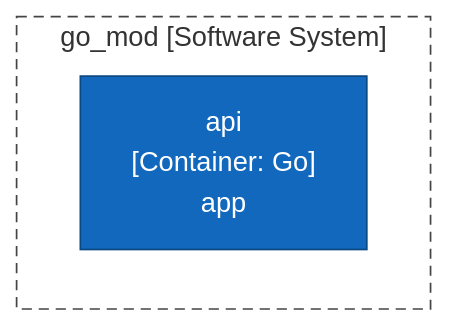
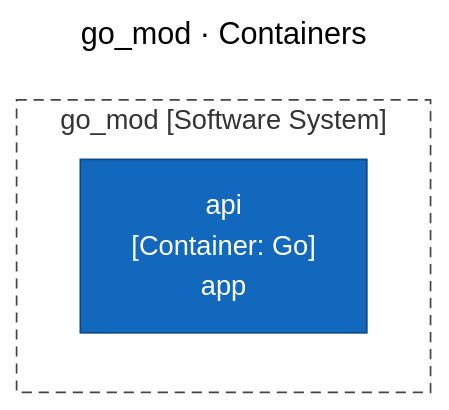
The first of 3 diagrams in tests/golden/go_mod/output/ArchitectureReport.md (ythalorossy/architecture-skills), drawn with Mermaid (neutral theme) before and after one commit. The commit also changed other lines of this file and 56 other files, not shown here.

First line of the commit message:
feat(c4): title every diagram and add one Key to the report

````diff
--- a/tests/golden/go_mod/output/ArchitectureReport.md
+++ b/tests/golden/go_mod/output/ArchitectureReport.md
@@ -27,14 +38,17 @@
 ```mermaid
+---
+title: "go_mod · Containers"
+---
 flowchart TB
     subgraph boundary["go_mod [Software System]"]
         api["api<br/>[Container: Go]<br/>app"]
     end
     classDef person fill:#08427b,stroke:#052e56,color:#ffffff
     classDef container fill:#1168bd,stroke:#0b4884,color:#ffffff
     classDef system fill:#1168bd,stroke:#0b4884,color:#ffffff
     classDef component fill:#85bbf0,stroke:#5d82a8,color:#000000
     classDef external fill:#999999,stroke:#6b6b6b,color:#ffffff
     classDef shared fill:#dbe9f6,stroke:#5d82a8,color:#000000,stroke-dasharray:4 3
     class api container
     style boundary fill:none,stroke:#444444,stroke-dasharray:6 4
 ```
````
